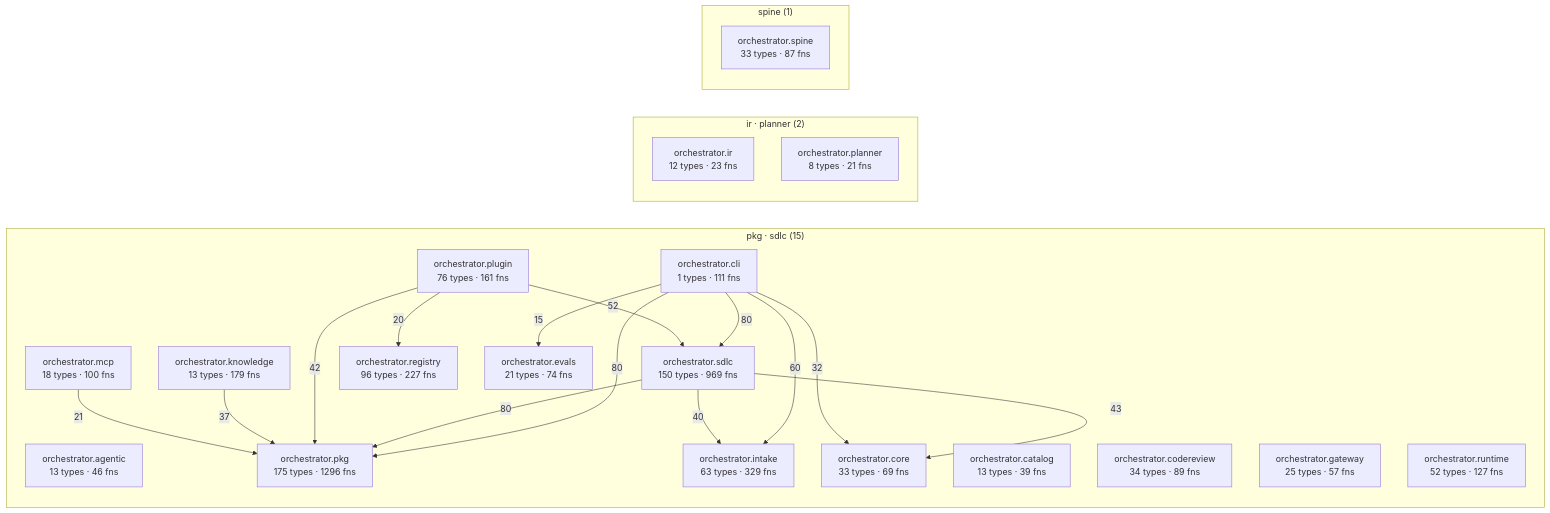
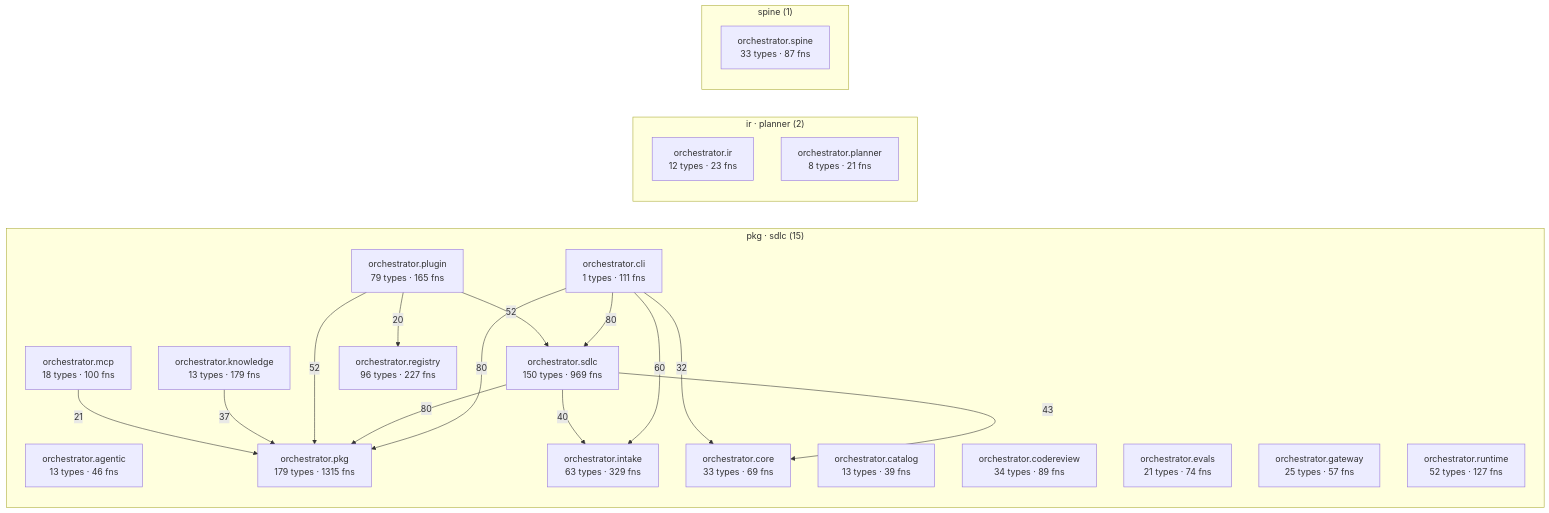
Before and after one commit to synaptixs/spine: the diagram in episteme/architecture.md, drawn with Mermaid. The commit also changed other lines of this file and 33 other files, not shown here.

````diff
--- a/episteme/architecture.md
+++ b/episteme/architecture.md
@@ -56,40 +56,39 @@
 ```mermaid
 flowchart LR
   subgraph c_2["pkg · sdlc (15)"]
     aorchestratoragentic["orchestrator.agentic<br/>13 types · 46 fns"]
     aorchestratorcatalog["orchestrator.catalog<br/>13 types · 39 fns"]
     aorchestratorcli["orchestrator.cli<br/>1 types · 111 fns"]
     aorchestratorcodereview["orchestrator.codereview<br/>34 types · 89 fns"]
     aorchestratorcore["orchestrator.core<br/>33 types · 69 fns"]
     aorchestratorevals["orchestrator.evals<br/>21 types · 74 fns"]
     aorchestratorgateway["orchestrator.gateway<br/>25 types · 57 fns"]
     aorchestratorintake["orchestrator.intake<br/>63 types · 329 fns"]
     aorchestratorknowledge["orchestrator.knowledge<br/>13 types · 179 fns"]
     aorchestratormcp["orchestrator.mcp<br/>18 types · 100 fns"]
-    aorchestratorpkg["orchestrator.pkg<br/>175 types · 1296 fns"]
-    aorchestratorplugin["orchestrator.plugin<br/>76 types · 161 fns"]
+    aorchestratorpkg["orchestrator.pkg<br/>179 types · 1315 fns"]
+    aorchestratorplugin["orchestrator.plugin<br/>79 types · 165 fns"]
     aorchestratorregistry["orchestrator.registry<br/>96 types · 227 fns"]
     aorchestratorruntime["orchestrator.runtime<br/>52 types · 127 fns"]
     aorchestratorsdlc["orchestrator.sdlc<br/>150 types · 969 fns"]
   end
   subgraph c_5["ir · planner (2)"]
     aorchestratorir["orchestrator.ir<br/>12 types · 23 fns"]
     aorchestratorplanner["orchestrator.planner<br/>8 types · 21 fns"]
   end
   subgraph c_10["spine (1)"]
     aorchestratorspine["orchestrator.spine<br/>33 types · 87 fns"]
   end
   aorchestratorcli -->|80| aorchestratorpkg
   aorchestratorcli -->|80| aorchestratorsdlc
   aorchestratorsdlc -->|80| aorchestratorpkg
   aorchestratorcli -->|60| aorchestratorintake
+  aorchestratorplugin -->|52| aorchestratorpkg
   aorchestratorplugin -->|52| aorchestratorsdlc
   aorchestratorsdlc -->|43| aorchestratorcore
-  aorchestratorplugin -->|42| aorchestratorpkg
   aorchestratorsdlc -->|40| aorchestratorintake
   aorchestratorknowledge -->|37| aorchestratorpkg
   aorchestratorcli -->|32| aorchestratorcore
   aorchestratormcp -->|21| aorchestratorpkg
   aorchestratorplugin -->|20| aorchestratorregistry
-  aorchestratorcli -->|15| aorchestratorevals
 ```
````
